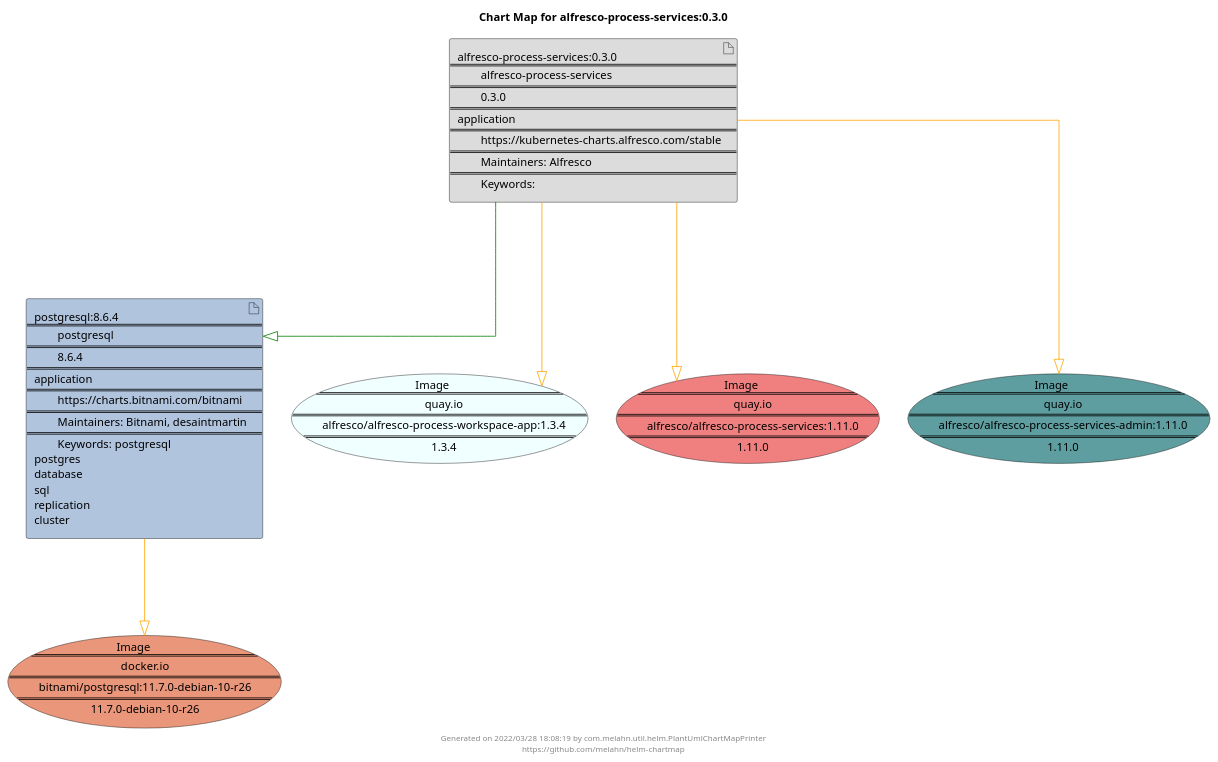
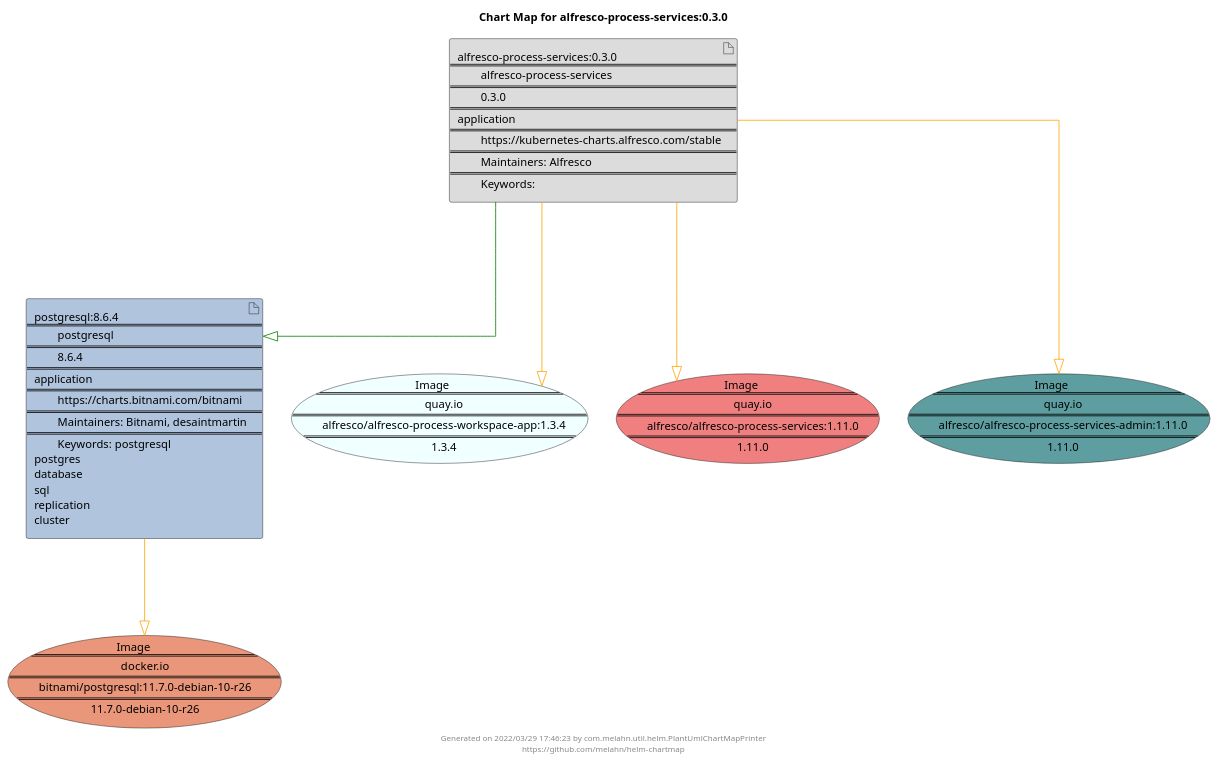
Before and after one commit to melahn/helm-chartmap: the diagram in docs/alfresco-process-services/alfresco-process-services-0.3.0.puml, drawn with PlantUML. The commit also changed 55 other files, not shown here.

Commit message:
Update Example Chart Maps as part of GitHub build

```diff
--- a/docs/alfresco-process-services/alfresco-process-services-0.3.0.puml
+++ b/docs/alfresco-process-services/alfresco-process-services-0.3.0.puml
@@ -1,29 +1,29 @@
 @startuml
 skinparam linetype ortho
 skinparam backgroundColor white
 skinparam usecaseBorderColor black
 skinparam usecaseArrowColor LightSlateGray
 skinparam artifactBorderColor black
 skinparam artifactArrowColor LightSlateGray
 
 title Chart Map for alfresco-process-services:0.3.0
 
 'There are 2 referenced Helm Charts
 artifact "alfresco-process-services:0.3.0\n====\n\talfresco-process-services\n====\n\t0.3.0\n====\napplication\n====\n\thttps://kubernetes-charts.alfresco.com/stable\n====\n\tMaintainers: Alfresco\n====\n\tKeywords: " as alfresco_process_services_0_3_0 #Gainsboro
 artifact "postgresql:8.6.4\n====\n\tpostgresql\n====\n\t8.6.4\n====\napplication\n====\n\thttps://charts.bitnami.com/bitnami\n====\n\tMaintainers: Bitnami, desaintmartin\n====\n\tKeywords: postgresql\npostgres\ndatabase\nsql\nreplication\ncluster" as postgresql_8_6_4 #LightSteelBlue
 
 'There are 4 referenced Docker Images
 usecase "Image\n====\n\tquay.io\n====\n\talfresco/alfresco-process-workspace-app:1.3.4\n====\n\t1.3.4" as quay_io_alfresco_alfresco_process_workspace_app_1_3_4 #Azure
 usecase "Image\n====\n\tquay.io\n====\n\talfresco/alfresco-process-services:1.11.0\n====\n\t1.11.0" as quay_io_alfresco_alfresco_process_services_1_11_0 #LightCoral
 usecase "Image\n====\n\tquay.io\n====\n\talfresco/alfresco-process-services-admin:1.11.0\n====\n\t1.11.0" as quay_io_alfresco_alfresco_process_services_admin_1_11_0 #CadetBlue
 usecase "Image\n====\n\tdocker.io\n====\n\tbitnami/postgresql:11.7.0-debian-10-r26\n====\n\t11.7.0-debian-10-r26" as docker_io_bitnami_postgresql_11_7_0_debian_10_r26 #DarkSalmon
 
 'Chart Dependencies
 alfresco_process_services_0_3_0--[#green]-|>postgresql_8_6_4
 alfresco_process_services_0_3_0--[#orange]-|>quay_io_alfresco_alfresco_process_services_admin_1_11_0
 alfresco_process_services_0_3_0--[#orange]-|>quay_io_alfresco_alfresco_process_workspace_app_1_3_4
 alfresco_process_services_0_3_0--[#orange]-|>quay_io_alfresco_alfresco_process_services_1_11_0
 postgresql_8_6_4--[#orange]-|>docker_io_bitnami_postgresql_11_7_0_debian_10_r26
 
-center footer Generated on 2022/03/28 18:08:19 by com.melahn.util.helm.PlantUmlChartMapPrinter\nhttps://github.com/melahn/helm-chartmap
+center footer Generated on 2022/03/29 17:46:23 by com.melahn.util.helm.PlantUmlChartMapPrinter\nhttps://github.com/melahn/helm-chartmap
 @enduml
```
